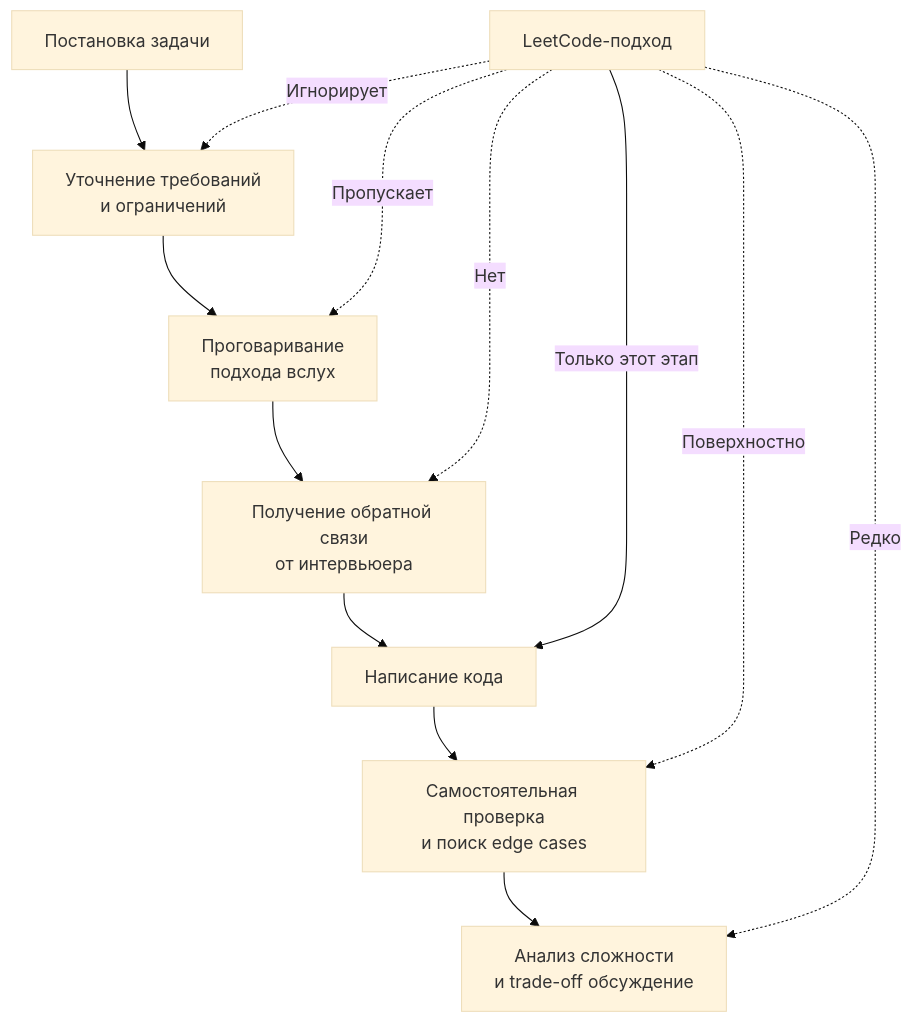
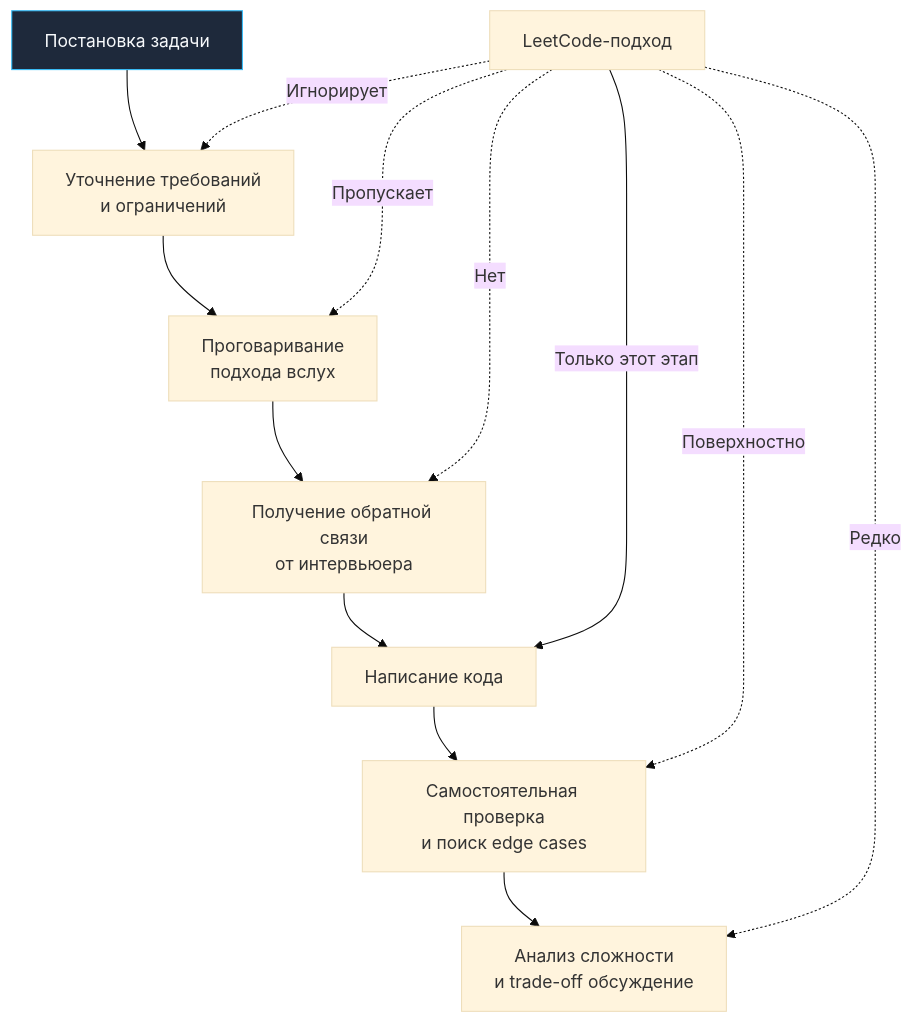
Before and after one commit to UnrealTemplier/go-textbook: the diagram in sources/21. Задачи с LeetCode и собеседований на Go/01. Теория/2. Почему решение задач не равно успеху на интервью.md, drawn with Mermaid (base theme). The commit also changed 1666 other files, not shown here.

First line of the commit message:
feat(mermaid): add semantic color classDef to 1369 colorless flowchart/graph diagrams

````diff
--- a/sources/21. Задачи с LeetCode и собеседований на Go/01. Теория/2. Почему решение задач не равно успеху на интервью.md
+++ b/sources/21. Задачи с LeetCode и собеседований на Go/01. Теория/2. Почему решение задач не равно успеху на интервью.md
@@ -17,16 +17,26 @@
 ```mermaid
 flowchart TD
-    Task["Постановка задачи"] --> Clarify["Уточнение требований<br>и ограничений"]
+    classDef process  fill:#1e293b,stroke:#38bdf8,stroke-width:1px,color:#f8fafc
+    classDef success  fill:#064e3b,stroke:#34d399,stroke-width:1px,color:#f8fafc
+    classDef error    fill:#7f1d1d,stroke:#f87171,stroke-width:1px,color:#f8fafc
+    classDef warning  fill:#78350f,stroke:#fbbf24,stroke-width:1px,color:#f8fafc
+    classDef entry    fill:#1e3a5f,stroke:#38bdf8,stroke-width:2px,color:#f8fafc
+    classDef aux      fill:#334155,stroke:#64748b,stroke-width:1px,color:#f8fafc
+    classDef system   fill:#312e81,stroke:#a78bfa,stroke-width:1px,color:#f8fafc
+    classDef data     fill:#132d29,stroke:#2dd4bf,stroke-width:1px,color:#f8fafc
+    classDef network  fill:#881337,stroke:#fb7185,stroke-width:1px,color:#f8fafc
+    classDef accent   fill:#1e1b4b,stroke:#818cf8,stroke-width:1px,color:#f8fafc
+    Task["Постановка задачи"]:::process --> Clarify["Уточнение требований<br>и ограничений"]
     Clarify --> Think["Проговаривание<br>подхода вслух"]
     Think --> Feedback["Получение обратной связи<br>от интервьюера"]
     Feedback --> Code["Написание кода"]
     Code --> Review["Самостоятельная проверка<br>и поиск edge cases"]
     Review --> Complexity["Анализ сложности<br>и trade-off обсуждение"]
     
     LeetCode["LeetCode-подход"] -->|"Только этот этап"| Code
     LeetCode -.->|"Игнорирует"| Clarify
     LeetCode -.->|"Пропускает"| Think
     LeetCode -.->|"Нет"| Feedback
     LeetCode -.->|"Поверхностно"| Review
     LeetCode -.->|"Редко"| Complexity
 ```
````
